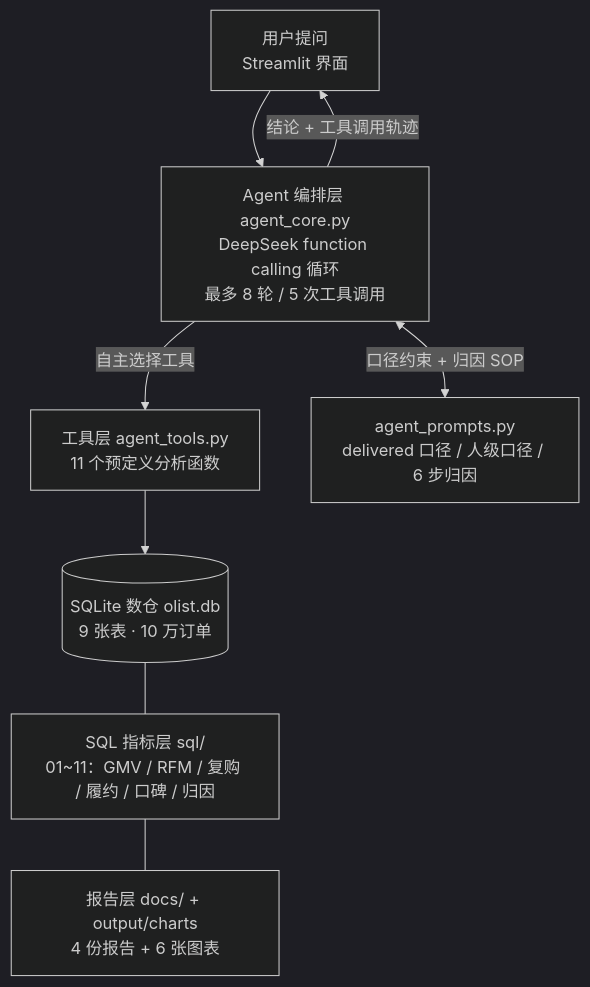
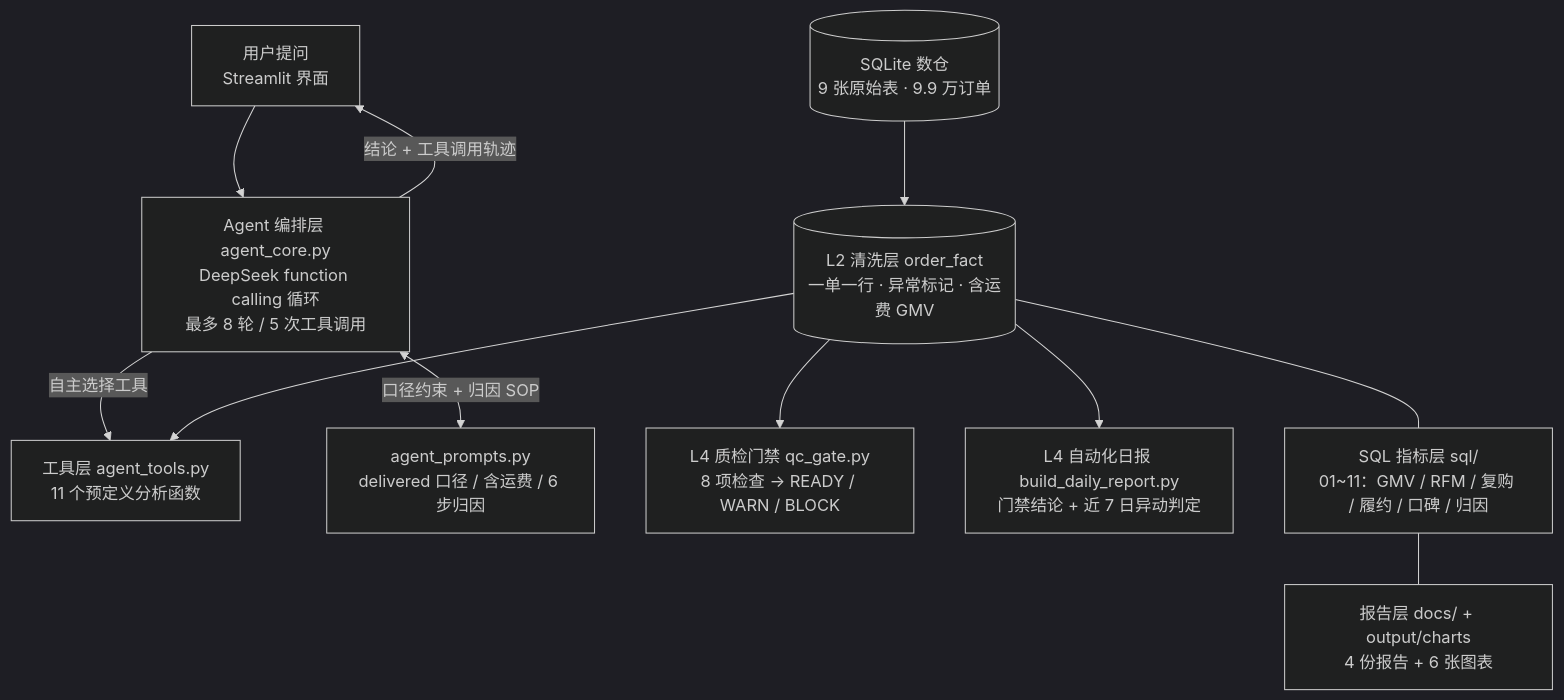
Before and after one commit to qingshiyu72/olist-ecommerce-analysis: the diagram in README.md, drawn with Mermaid (dark theme). The commit also changed other lines of this file and 7 other files, not shown here.

Commit message:
新增 L2 清洗宽表与 L4 自动化日报；README 补链路损耗地图、列画像与质检门禁

````diff
--- a/README.md
+++ b/README.md
@@ -27,10 +58,15 @@
 ```mermaid
 flowchart TD
     U[用户提问<br/>Streamlit 界面] --> A[Agent 编排层 agent_core.py<br/>DeepSeek function calling 循环<br/>最多 8 轮 / 5 次工具调用]
     A -->|自主选择工具| T[工具层 agent_tools.py<br/>11 个预定义分析函数]
-    A <-->|口径约束 + 归因 SOP| P[agent_prompts.py<br/>delivered 口径 / 人级口径 / 6 步归因]
-    T --> D[(SQLite 数仓 olist.db<br/>9 张表 · 10 万订单)]
-    D --- L[SQL 指标层 sql/<br/>01~11：GMV / RFM / 复购 / 履约 / 口碑 / 归因]
+    A <-->|口径约束 + 归因 SOP| P[agent_prompts.py<br/>delivered 口径 / 含运费 / 6 步归因]
+
+    D[(SQLite 数仓<br/>9 张原始表 · 9.9 万订单)] --> F[(L2 清洗层 order_fact<br/>一单一行 · 异常标记 · 含运费 GMV)]
+    F --> T
+    F --> G[L4 质检门禁 qc_gate.py<br/>8 项检查 → READY / WARN / BLOCK]
+    F --> RPT[L4 自动化日报 build_daily_report.py<br/>门禁结论 + 近 7 日异动判定]
+
+    F --- L[SQL 指标层 sql/<br/>01~11：GMV / RFM / 复购 / 履约 / 口碑 / 归因]
     L --- R[报告层 docs/ + output/charts<br/>4 份报告 + 6 张图表]
     A -->|结论 + 工具调用轨迹| U
 ```
````
